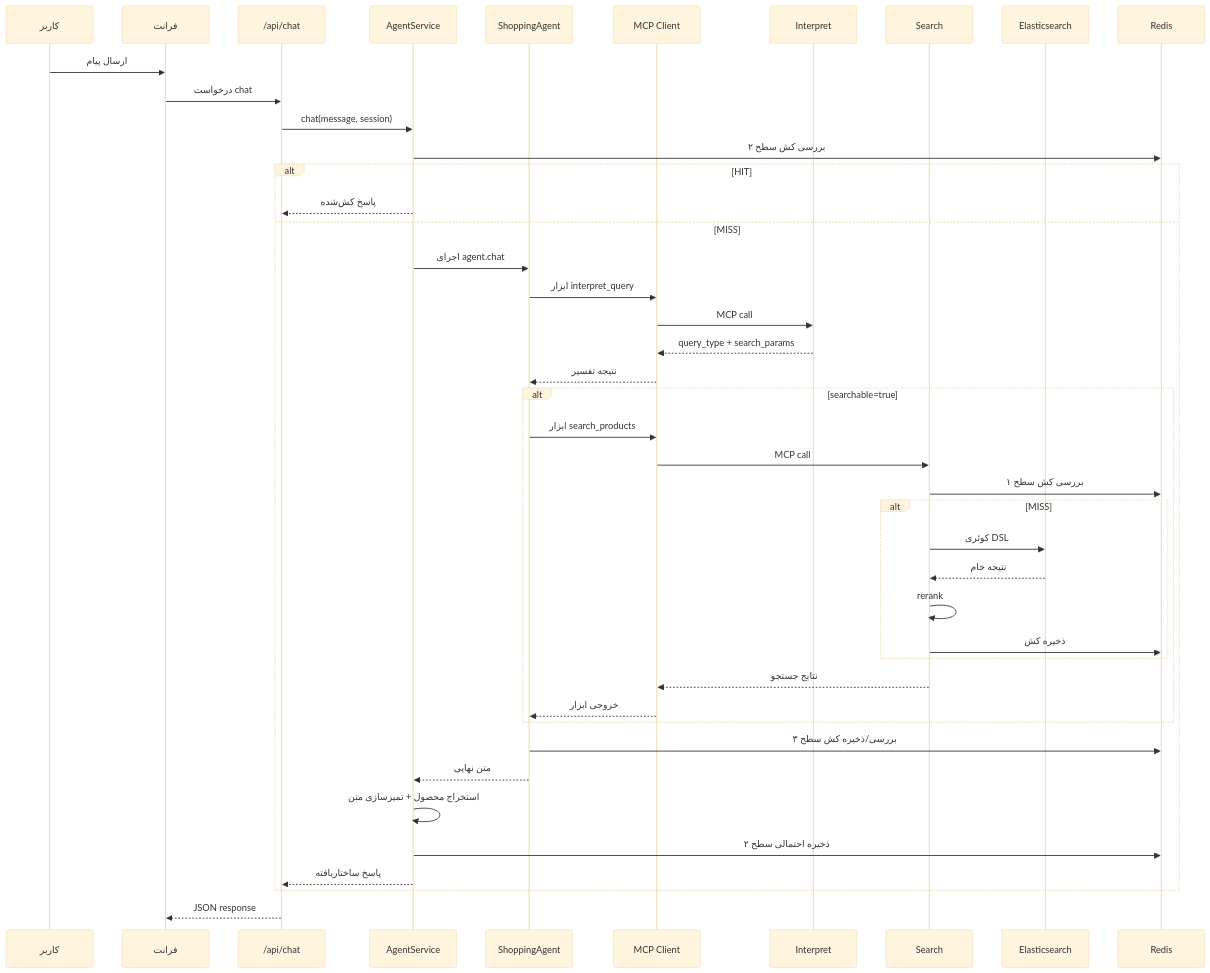
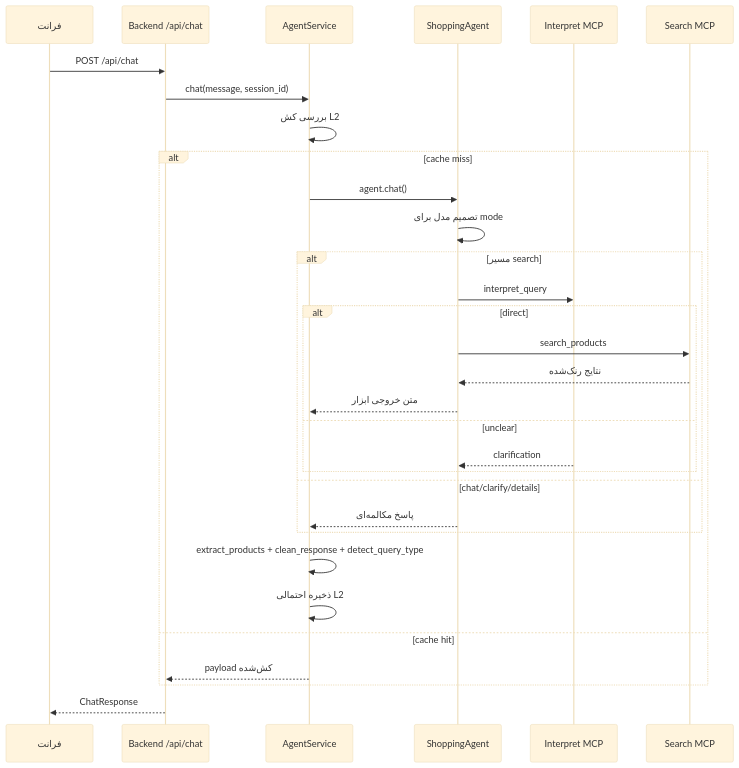
One commit to 11linear11/ShoppingAiAssistant changed the first of 3 diagrams in docs/fa/PIPELINES.md. Above: the diagram before and after it, drawn with Mermaid (base theme). The commit also changed other lines of this file and 10 other files, not shown here.

````diff
--- a/docs/fa/PIPELINES.md
+++ b/docs/fa/PIPELINES.md
@@ -5,48 +7,34 @@
 ```mermaid
 sequenceDiagram
-  participant U as کاربر
   participant FE as فرانت
-  participant BE as /api/chat
+  participant BE as Backend /api/chat
   participant AS as AgentService
   participant AG as ShoppingAgent
-  participant IC as MCP Client
-  participant IN as Interpret
-  participant SE as Search
-  participant EL as Elasticsearch
-  participant RD as Redis
+  participant IN as Interpret MCP
+  participant SE as Search MCP
 
-  U->>FE: ارسال پیام
-  FE->>BE: درخواست chat
-  BE->>AS: chat(message, session)
-  AS->>RD: بررسی کش سطح ۲
-  alt HIT
-    AS-->>BE: پاسخ کش‌شده
-  else MISS
-    AS->>AG: اجرای agent.chat
-    AG->>IC: ابزار interpret_query
-    IC->>IN: MCP call
-    IN-->>IC: query_type + search_params
-    IC-->>AG: نتیجه تفسیر
-
-    alt searchable=true
-      AG->>IC: ابزار search_products
-      IC->>SE: MCP call
-      SE->>RD: بررسی کش سطح ۱
-      alt MISS
-        SE->>EL: کوئری DSL
-        EL-->>SE: نتیجه خام
-        SE->>SE: rerank
-        SE->>RD: ذخیره کش
+  FE->>BE: POST /api/chat
+  BE->>AS: chat(message, session_id)
+  AS->>AS: بررسی کش L2
+  alt cache miss
+    AS->>AG: agent.chat()
+    AG->>AG: تصمیم مدل برای mode
+    alt مسیر search
+      AG->>IN: interpret_query
+      alt direct
+        AG->>SE: search_products
+        SE-->>AG: نتایج رنک‌شده
+        AG-->>AS: متن خروجی ابزار
+      else unclear
+        IN-->>AG: clarification
       end
-      SE-->>IC: نتایج جستجو
-      IC-->>AG: خروجی ابزار
+    else chat/clarify/details
+      AG-->>AS: پاسخ مکالمه‌ای
     end
-
-    AG->>RD: بررسی/ذخیره کش سطح ۳
-    AG-->>AS: متن نهایی
-    AS->>AS: استخراج محصول + تمیزسازی متن
-    AS->>RD: ذخیره احتمالی سطح ۲
-    AS-->>BE: پاسخ ساختاریافته
+    AS->>AS: extract_products + clean_response + detect_query_type
+    AS->>AS: ذخیره احتمالی L2
+  else cache hit
+    AS-->>BE: payload کش‌شده
   end
-  BE-->>FE: JSON response
+  BE-->>FE: ChatResponse
 ```
````
